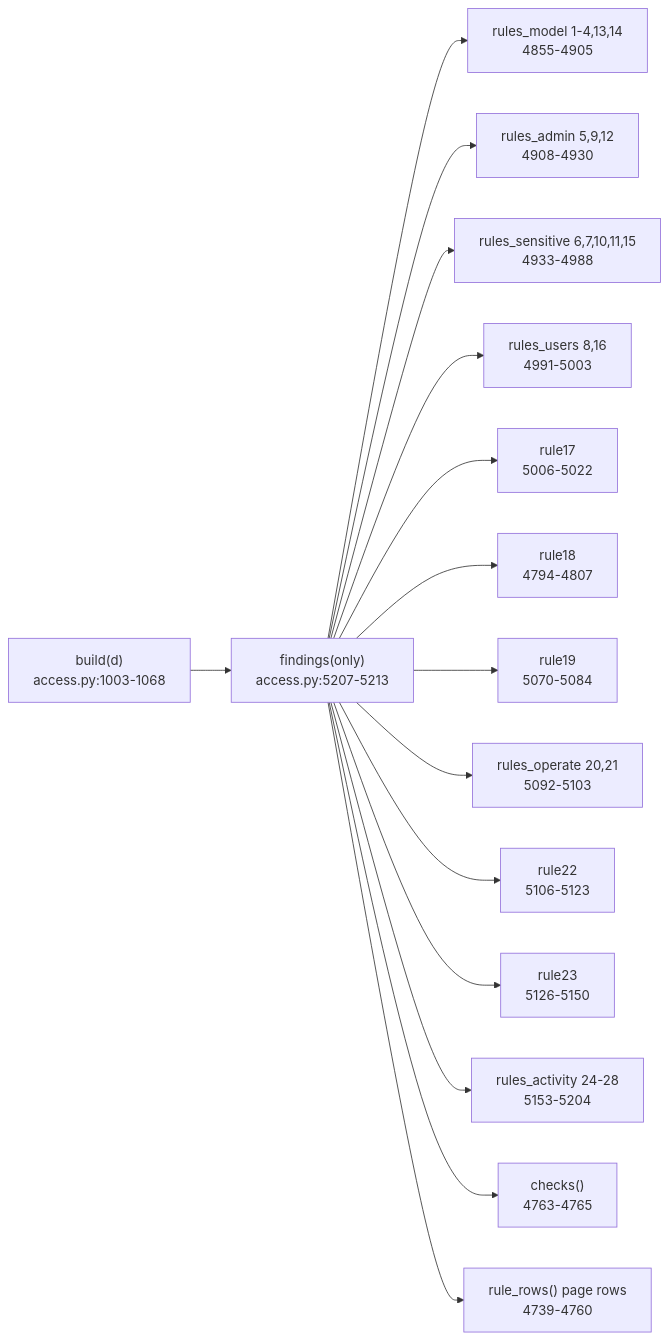
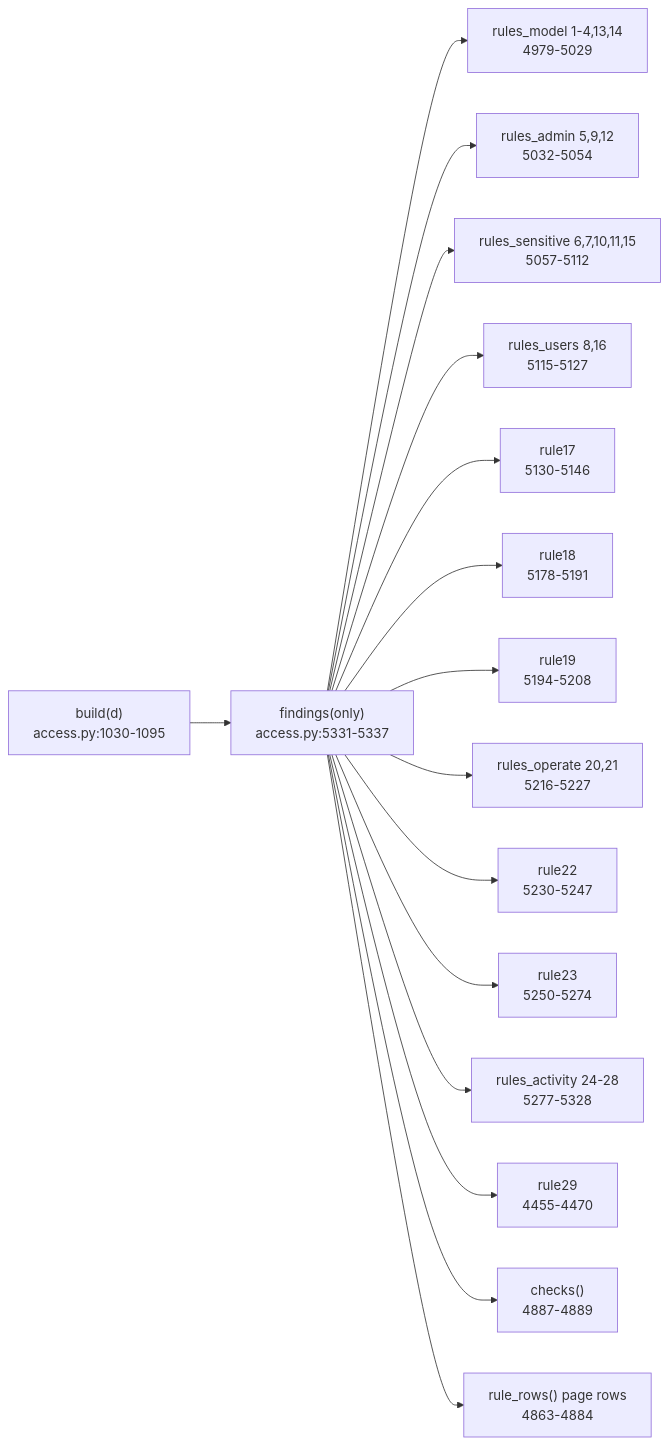
The diagram in snowflake-access-explorer-knowledge-graph/logic/rules.md (darshanmeel/snowflake-access-explorer), drawn with Mermaid before and after one commit. The commit also changed other lines of this file and 88 other files, not shown here.

First line of the commit message:
Knowledge graph and docs for the access log; per-day charts by user, role, client, statement, R/W/DDL, object kind

````diff
--- a/snowflake-access-explorer-knowledge-graph/logic/rules.md
+++ b/snowflake-access-explorer-knowledge-graph/logic/rules.md
@@ -6,17 +6,18 @@
 ```mermaid
 flowchart LR
-  B["build(d)<br/>access.py:1003-1068"] --> F["findings(only)<br/>access.py:5207-5213"]
-  F --> M["rules_model 1-4,13,14<br/>4855-4905"]
-  F --> A["rules_admin 5,9,12<br/>4908-4930"]
-  F --> S["rules_sensitive 6,7,10,11,15<br/>4933-4988"]
-  F --> U["rules_users 8,16<br/>4991-5003"]
-  F --> R17["rule17<br/>5006-5022"]
-  F --> R18["rule18<br/>4794-4807"]
-  F --> R19["rule19<br/>5070-5084"]
-  F --> O["rules_operate 20,21<br/>5092-5103"]
-  F --> R22["rule22<br/>5106-5123"]
-  F --> R23["rule23<br/>5126-5150"]
-  F --> RA["rules_activity 24-28<br/>5153-5204"]
-  F --> C["checks()<br/>4763-4765"]
-  F --> RR["rule_rows() page rows<br/>4739-4760"]
+  B["build(d)<br/>access.py:1030-1095"] --> F["findings(only)<br/>access.py:5331-5337"]
+  F --> M["rules_model 1-4,13,14<br/>4979-5029"]
+  F --> A["rules_admin 5,9,12<br/>5032-5054"]
+  F --> S["rules_sensitive 6,7,10,11,15<br/>5057-5112"]
+  F --> U["rules_users 8,16<br/>5115-5127"]
+  F --> R17["rule17<br/>5130-5146"]
+  F --> R18["rule18<br/>5178-5191"]
+  F --> R19["rule19<br/>5194-5208"]
+  F --> O["rules_operate 20,21<br/>5216-5227"]
+  F --> R22["rule22<br/>5230-5247"]
+  F --> R23["rule23<br/>5250-5274"]
+  F --> RA["rules_activity 24-28<br/>5277-5328"]
+  F --> R29["rule29<br/>4455-4470"]
+  F --> C["checks()<br/>4887-4889"]
+  F --> RR["rule_rows() page rows<br/>4863-4884"]
 ```
````
